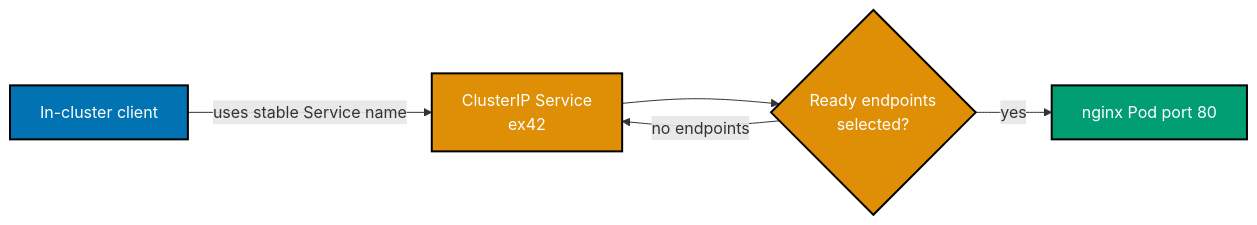
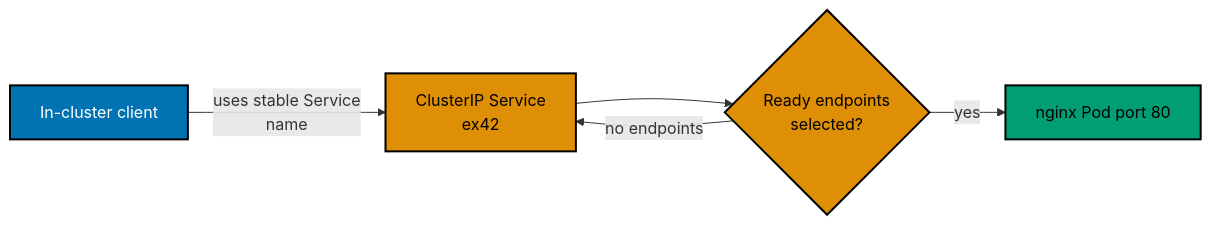
One commit to wahidyankf/ose-public changed the tenth of 17 diagrams in apps/ayokoding-www/content/en/learn/courses/containers-and-orchestration/learning/intermediate.md. Above: the diagram before and after it, drawn with Mermaid. The commit also changed other lines of this file and 144 other files, not shown here.

First line of the commit message:
fix(mermaid): bring the first half of the courses diagrams onto the accessible palette

````diff
--- a/apps/ayokoding-www/content/en/learn/courses/containers-and-orchestration/learning/intermediate.md
+++ b/apps/ayokoding-www/content/en/learn/courses/containers-and-orchestration/learning/intermediate.md
@@ -664,14 +691,17 @@
 ```mermaid
 %% Color Palette: Blue #0173B2, Orange #DE8F05, Teal #029E73; color-blind friendly WCAG AA palette
 graph LR
+    accTitle: Example 42: ClusterIP Service
+    accDescr: Graph with 4 nodes and 4 connections. Nodes: In-cluster client, ClusterIP Service ex42, Ready endpoints selected?, nginx Pod port 80. Connections: In-cluster client to ClusterIP Service ex42 (uses stable Service name), ClusterIP Service ex42 to Ready endpoints selected?, Ready endpoints selected? to nginx Pod port 80 (yes), Ready endpoints selected? to ClusterIP Service ex42 (no endpoints).
     C["In-cluster client"]:::blue
     S["ClusterIP Service<br/>ex42"]:::orange
     E{"Ready endpoints<br/>selected?"}:::orange
     P["nginx Pod port 80"]:::teal
-    C -->|"uses stable Service name"| S --> E
+    C -->|"uses stable Service<br/>name"| S --> E
     E -->|"yes"| P
     E -->|"no endpoints"| S
     classDef blue fill:#0173B2,stroke:#000000,color:#FFFFFF,stroke-width:2px
-    classDef teal fill:#029E73,stroke:#000000,color:#FFFFFF,stroke-width:2px
-    classDef orange fill:#DE8F05,stroke:#000000,color:#FFFFFF,stroke-width:2px
+    classDef teal fill:#029E73,stroke:#000000,color:#000000,stroke-width:2px
+    classDef orange fill:#DE8F05,stroke:#000000,color:#000000,stroke-width:2px
+    classDef default fill:#FFFFFF,stroke:#000000,color:#000000
 ```
````
